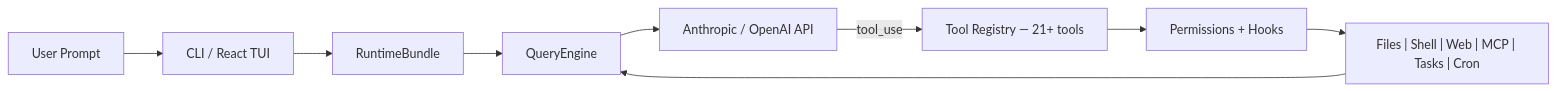
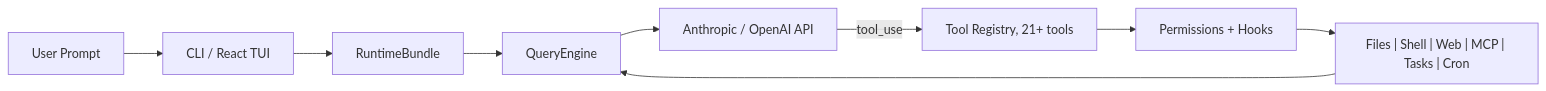
The diagram in README.md (danielabelski/Leeway), drawn with Mermaid before and after one commit. The commit also changed other lines of this file, not shown here.

````diff
--- a/README.md
+++ b/README.md
@@ -161,11 +114,11 @@
 ```mermaid
 flowchart LR
     U[User Prompt] --> C[CLI / React TUI]
     C --> R[RuntimeBundle]
     R --> Q[QueryEngine]
     Q --> A[Anthropic / OpenAI API]
-    A -->|tool_use| T[Tool Registry — 21+ tools]
+    A -->|tool_use| T[Tool Registry, 21+ tools]
     T --> P[Permissions + Hooks]
     P --> X["Files | Shell | Web | MCP | Tasks | Cron"]
     X --> Q
 ```
````
